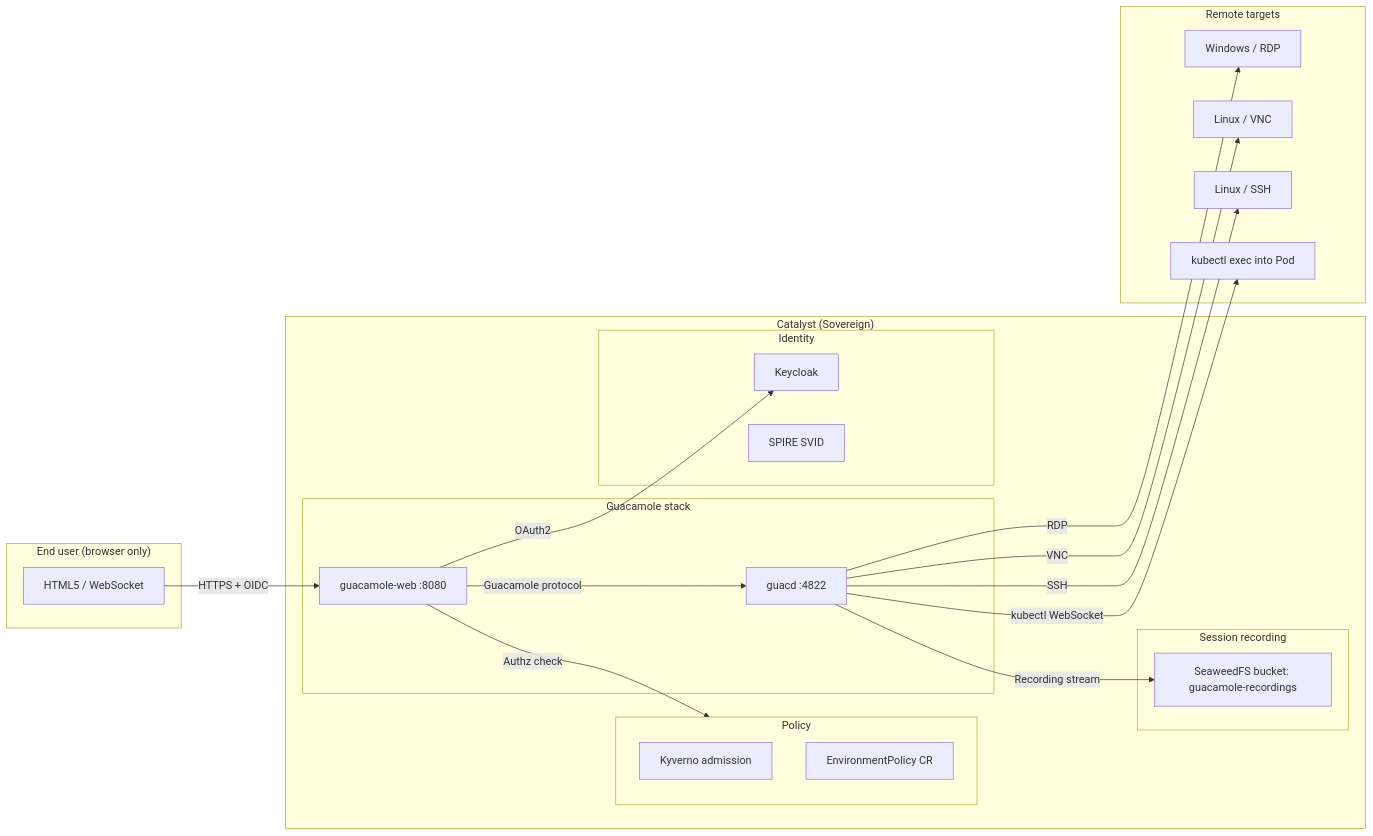
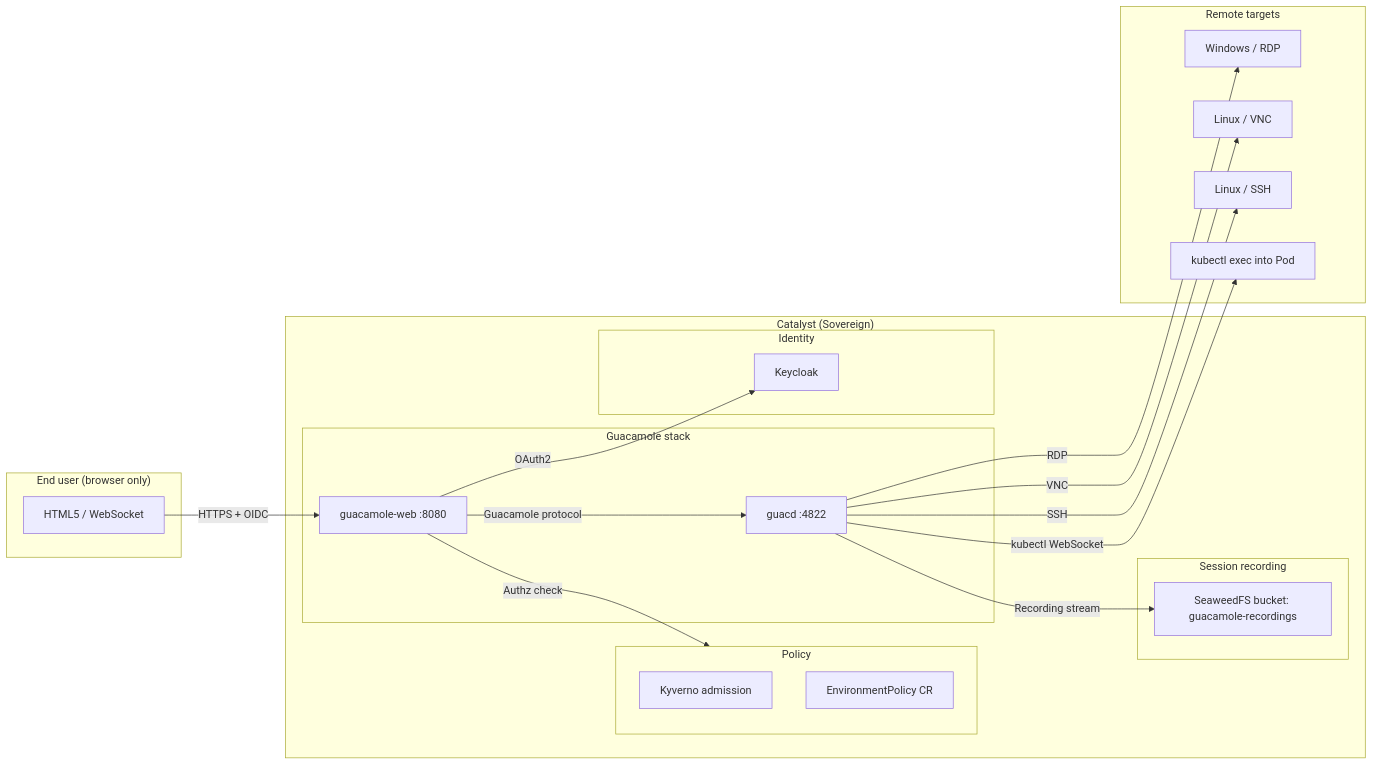
One commit to openova-io/openova changed the diagram in platform/guacamole/README.md. Above: the diagram before and after it, drawn with Mermaid. The commit also changed other lines of this file and 101 other files, not shown here.

````diff
--- a/platform/guacamole/README.md
+++ b/platform/guacamole/README.md
@@ -24,44 +24,43 @@
 ```mermaid
 flowchart LR
     subgraph User["End user (browser only)"]
         Browser[HTML5 / WebSocket]
     end
 
     subgraph Catalyst["Catalyst (Sovereign)"]
         subgraph GuacamoleStack["Guacamole stack"]
             GuacWeb[guacamole-web :8080]
             Guacd[guacd :4822]
         end
 
         subgraph Identity["Identity"]
             KC[Keycloak]
-            SPIRE[SPIRE SVID]
         end
 
         subgraph Recording["Session recording"]
             SW[SeaweedFS bucket: guacamole-recordings]
         end
 
         subgraph Policy["Policy"]
             Kyverno[Kyverno admission]
             EP[EnvironmentPolicy CR]
         end
     end
 
     subgraph Targets["Remote targets"]
         RDP[Windows / RDP]
         VNC[Linux / VNC]
         SSH[Linux / SSH]
         K8s[kubectl exec into Pod]
     end
 
     Browser -->|"HTTPS + OIDC"| GuacWeb
     GuacWeb -->|"OAuth2"| KC
     GuacWeb -->|"Guacamole protocol"| Guacd
     Guacd -->|"RDP"| RDP
     Guacd -->|"VNC"| VNC
     Guacd -->|"SSH"| SSH
     Guacd -->|"kubectl WebSocket"| K8s
     Guacd -->|"Recording stream"| SW
     GuacWeb -->|"Authz check"| Policy
 ```
````
